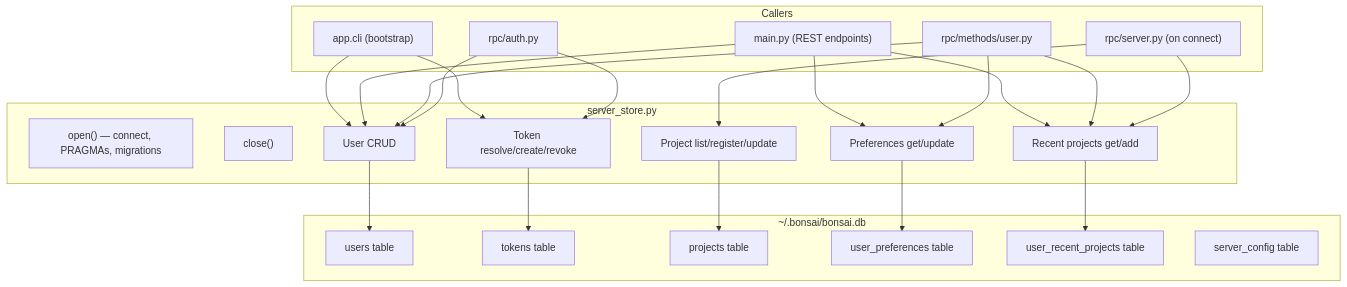
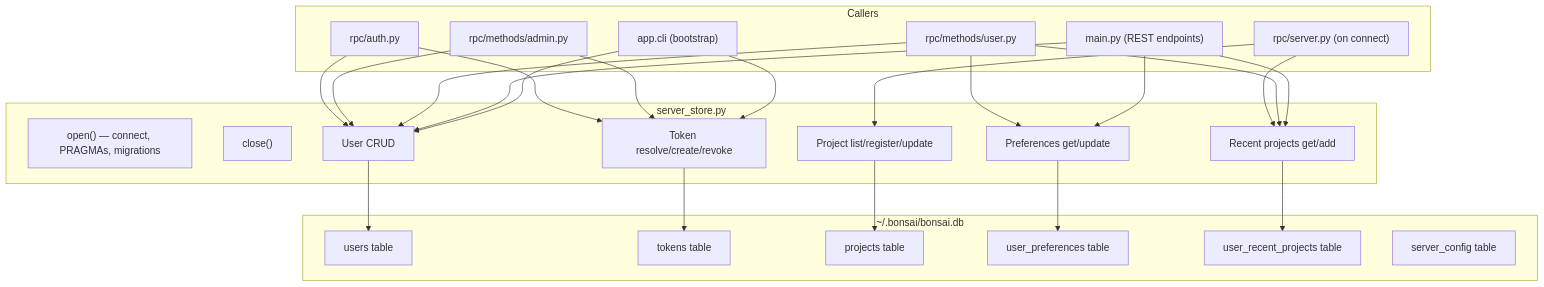
Before and after one commit to JetBrains/thinkrail: the diagram in backend/app/core/SERVER_STORE.md, drawn with Mermaid. The commit also changed other lines of this file and 27 other files, not shown here.

````diff
--- a/backend/app/core/SERVER_STORE.md
+++ b/backend/app/core/SERVER_STORE.md
@@ -13,48 +13,51 @@
 ```mermaid
 graph TD
     subgraph ServerStore["server_store.py"]
         Open["open() — connect, PRAGMAs, migrations"]
         Close["close()"]
         Users["User CRUD"]
         Tokens["Token resolve/create/revoke"]
         Projects["Project list/register/update"]
         Prefs["Preferences get/update"]
         Recents["Recent projects get/add"]
     end
 
     subgraph SQLite["~/.bonsai/bonsai.db"]
         UT["users table"]
         TT["tokens table"]
         PT["projects table"]
         UPT["user_preferences table"]
         URPT["user_recent_projects table"]
         SCT["server_config table"]
     end
 
     Users --> UT
     Tokens --> TT
     Projects --> PT
     Prefs --> UPT
     Recents --> URPT
 
     subgraph Callers
         Auth["rpc/auth.py"]
         WS["rpc/server.py (on connect)"]
         URPC["rpc/methods/user.py"]
         REST["main.py (REST endpoints)"]
         CLI["app.cli (bootstrap)"]
+        ARPC["rpc/methods/admin.py"]
     end
 
     Auth --> Tokens
     Auth --> Users
+    ARPC --> Users
+    ARPC --> Tokens
     WS --> Projects
     WS --> Recents
     URPC --> Prefs
     URPC --> Recents
     URPC --> Users
     REST --> Users
     REST --> Prefs
     REST --> Recents
     CLI --> Users
     CLI --> Tokens
 ```
````
